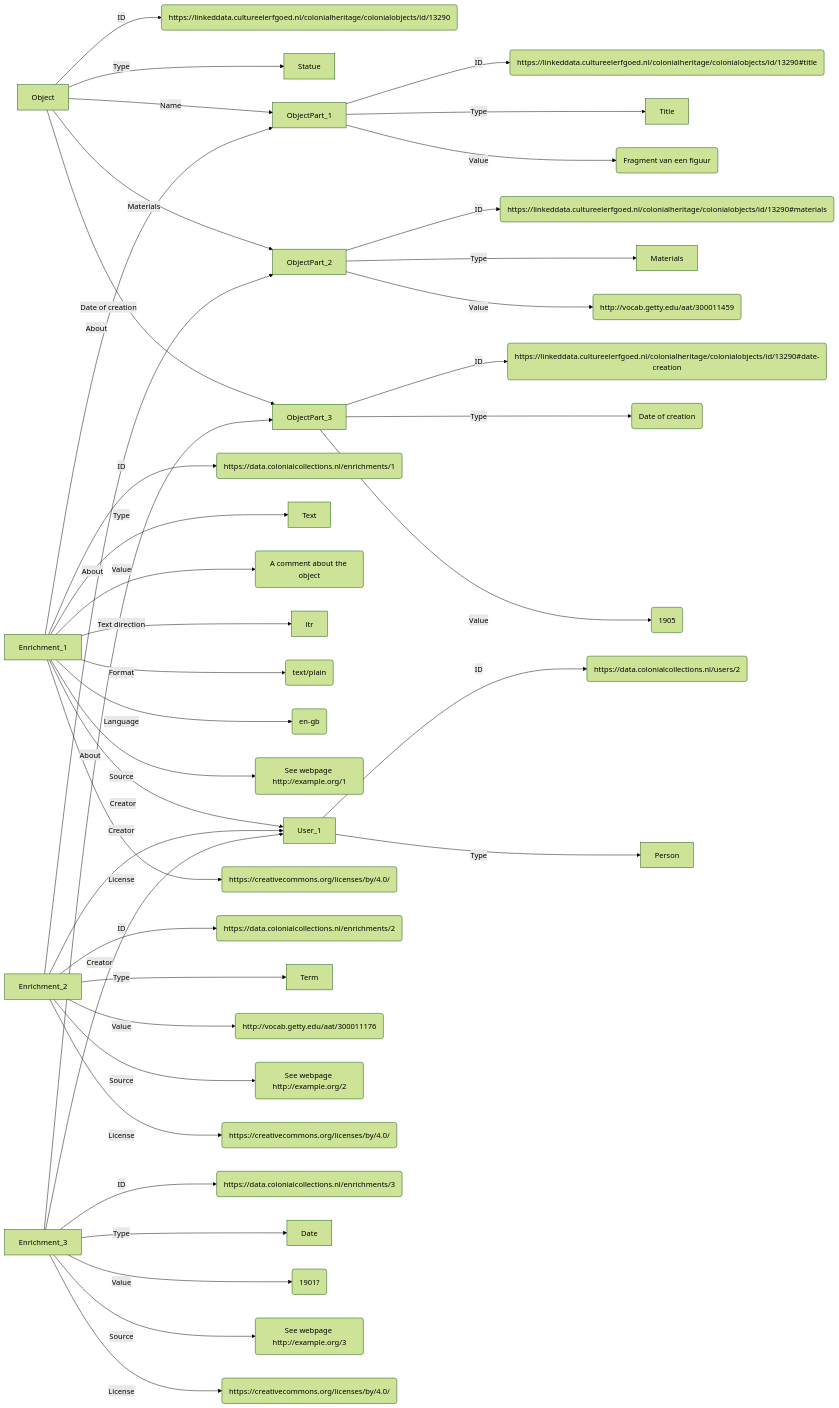
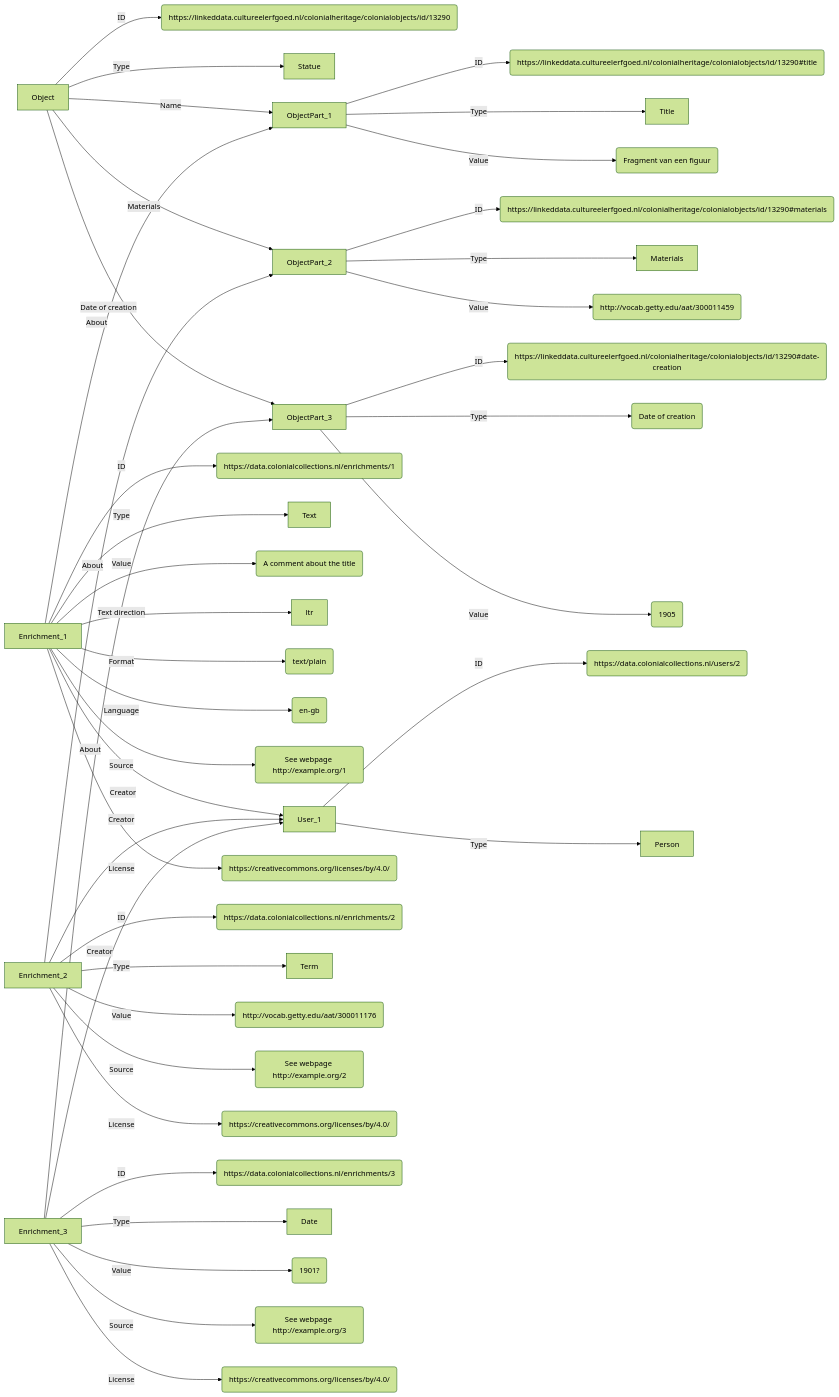
One commit to colonial-heritage/data-models changed the diagram in user-enrichments/conceptual.md. Above: the diagram before and after it, drawn with Mermaid (forest theme). The commit also changed other lines of this file, not shown here.

````diff
--- a/user-enrichments/conceptual.md
+++ b/user-enrichments/conceptual.md
@@ -63,50 +63,50 @@
 ```mermaid
 graph LR
   Object -- ID --> id7(https://linkeddata.cultureelerfgoed.nl/colonialheritage/colonialobjects/id/13290)
   Object -- Type --> Statue
   Object -- Name --> ObjectPart_1
   Object -- Materials --> ObjectPart_2
   Object -- "Date of creation" --> ObjectPart_3
 
   Enrichment_1 -- ID --> id1(https://data.colonialcollections.nl/enrichments/1)
   Enrichment_1 -- About --> ObjectPart_1
   Enrichment_1 -- Type --> Text
-  Enrichment_1 -- Value --> value1(A comment about the object)
+  Enrichment_1 -- Value --> value1(A comment about the title)
   Enrichment_1 -- "Text direction" --> ltr
   Enrichment_1 -- Format --> format1(text/plain)
   Enrichment_1 -- Language --> lang1(en-gb)
   Enrichment_1 -- Source --> source1(See webpage http://example.org/1)
   Enrichment_1 -- Creator --> User_1
   Enrichment_1 -- License --> license1(https://creativecommons.org/licenses/by/4.0/)
 
   Enrichment_2 -- ID --> id2(https://data.colonialcollections.nl/enrichments/2)
   Enrichment_2 -- About --> ObjectPart_2
   Enrichment_2 -- Type --> Term
   Enrichment_2 -- Value --> value2(http://vocab.getty.edu/aat/300011176)
   Enrichment_2 -- Source --> source2(See webpage http://example.org/2)
   Enrichment_2 -- Creator --> User_1
   Enrichment_2 -- License --> license2(https://creativecommons.org/licenses/by/4.0/)
 
   Enrichment_3 -- ID --> id3(https://data.colonialcollections.nl/enrichments/3)
   Enrichment_3 -- About --> ObjectPart_3
   Enrichment_3 -- Type --> Date
   Enrichment_3 -- Value --> value3(1901?)
   Enrichment_3 -- Source --> source3(See webpage http://example.org/3)
   Enrichment_3 -- Creator --> User_1
   Enrichment_3 -- License --> license3(https://creativecommons.org/licenses/by/4.0/)
 
   ObjectPart_1 -- ID --> id4(https://linkeddata.cultureelerfgoed.nl/colonialheritage/colonialobjects/id/13290#title)
   ObjectPart_1 -- Type --> Title
   ObjectPart_1 -- Value --> title1(Fragment van een figuur)
 
   ObjectPart_2 -- ID --> id5(https://linkeddata.cultureelerfgoed.nl/colonialheritage/colonialobjects/id/13290#materials)
   ObjectPart_2 -- Type --> Materials
   ObjectPart_2 -- Value --> value4(http://vocab.getty.edu/aat/300011459)
 
   ObjectPart_3 -- ID --> id6(https://linkeddata.cultureelerfgoed.nl/colonialheritage/colonialobjects/id/13290#date-creation)
   ObjectPart_3 -- Type --> type1(Date of creation)
   ObjectPart_3 -- Value --> date(1905)
 
   User_1 -- ID --> id8(https://data.colonialcollections.nl/users/2)
   User_1 -- Type --> Person
 ```
````
